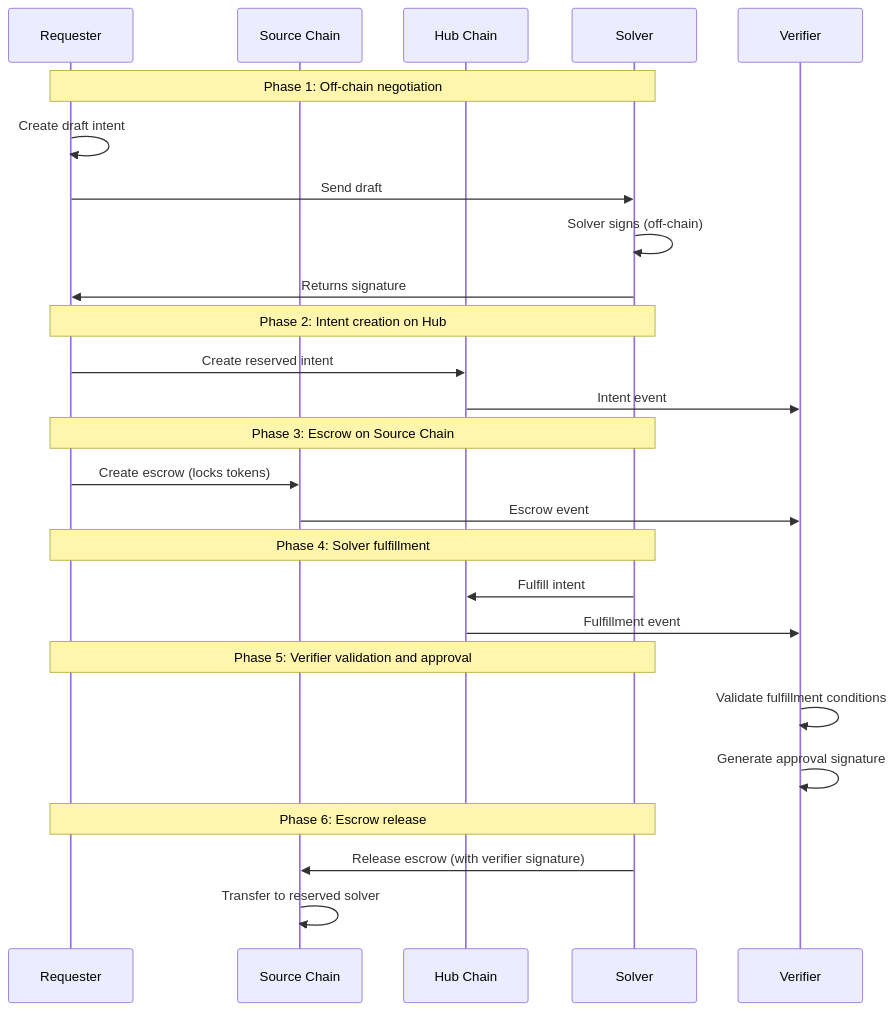
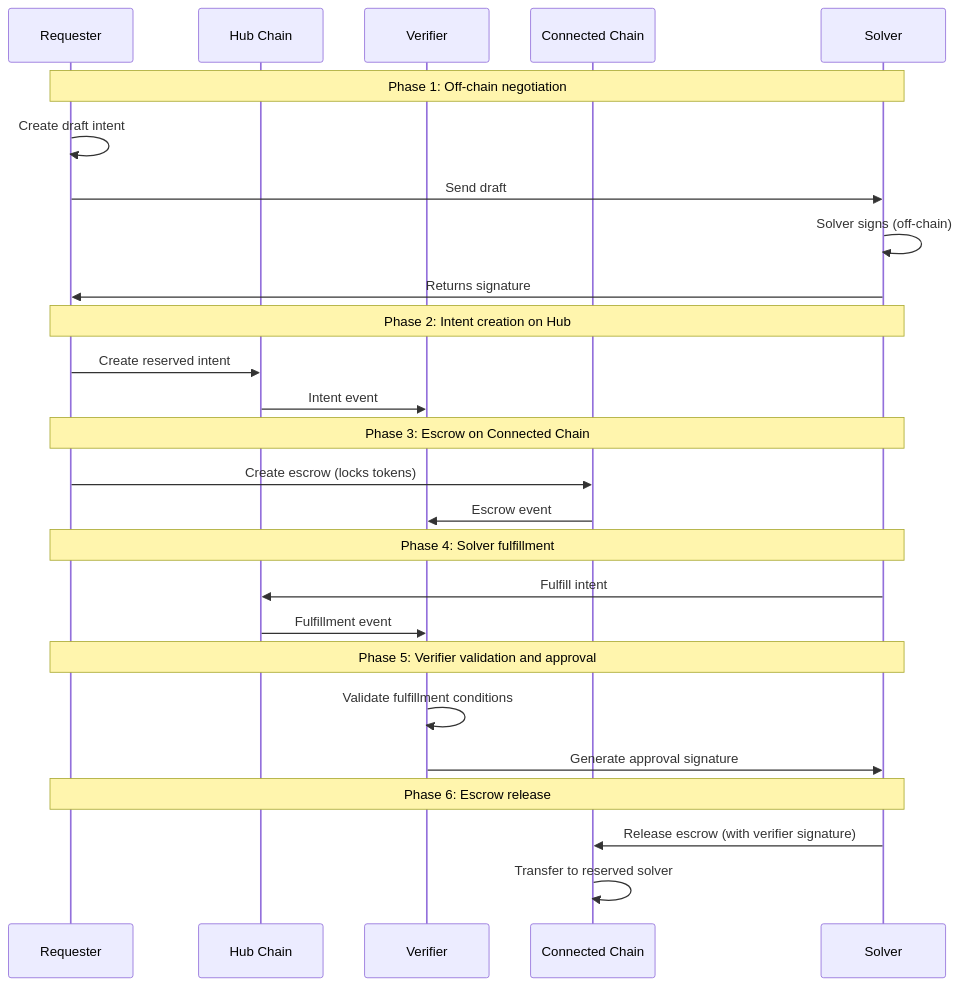
Before and after one commit to movementlabsxyz/intent-framework: the diagram in .taskmaster/docs/conception/conception_inflow.md, drawn with Mermaid. The commit also changed other lines of this file and 2 other files, not shown here.

First line of the commit message:
docs: standardize sequence diagrams and improve conception_inflow.md

````diff
--- a/.taskmaster/docs/conception/conception_inflow.md
+++ b/.taskmaster/docs/conception/conception_inflow.md
@@ -17,34 +15,34 @@
 ```mermaid
 sequenceDiagram
     participant Requester
-    participant Source as Source Chain
     participant Hub as Hub Chain
+    participant Verifier
+    participant Connected as Connected Chain
     participant Solver
-    participant Verifier
 
     Note over Requester,Solver: Phase 1: Off-chain negotiation
     Requester->>Requester: Create draft intent
     Requester->>Solver: Send draft
     Solver->>Solver: Solver signs (off-chain)
     Solver->>Requester: Returns signature
 
     Note over Requester,Solver: Phase 2: Intent creation on Hub
     Requester->>Hub: Create reserved intent
     Hub->>Verifier: Intent event
 
-    Note over Requester,Solver: Phase 3: Escrow on Source Chain
-    Requester->>Source: Create escrow (locks tokens)
-    Source->>Verifier: Escrow event
+    Note over Requester,Solver: Phase 3: Escrow on Connected Chain
+    Requester->>Connected: Create escrow (locks tokens)
+    Connected->>Verifier: Escrow event
 
     Note over Requester,Solver: Phase 4: Solver fulfillment
     Solver->>Hub: Fulfill intent
     Hub->>Verifier: Fulfillment event
 
     Note over Requester,Solver: Phase 5: Verifier validation and approval
     Verifier->>Verifier: Validate fulfillment conditions
-    Verifier->>Verifier: Generate approval signature
+    Verifier->>Solver: Generate approval signature
 
     Note over Requester,Solver: Phase 6: Escrow release
-    Solver->>Source: Release escrow (with verifier signature)
-    Source->>Source: Transfer to reserved solver
+    Solver->>Connected: Release escrow (with verifier signature)
+    Connected->>Connected: Transfer to reserved solver
 ```
````
